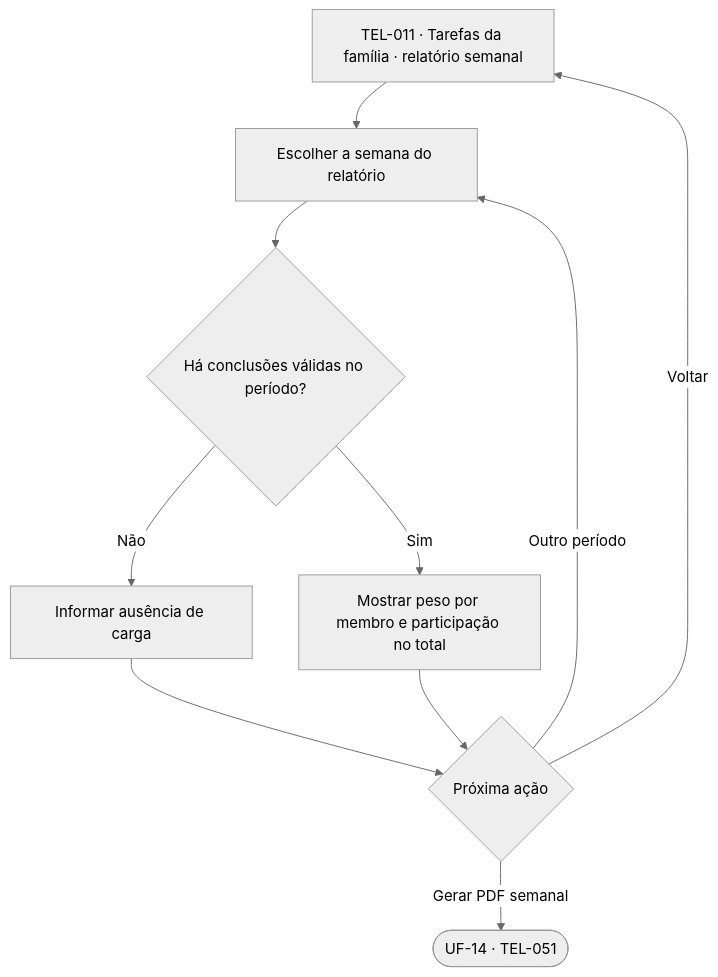
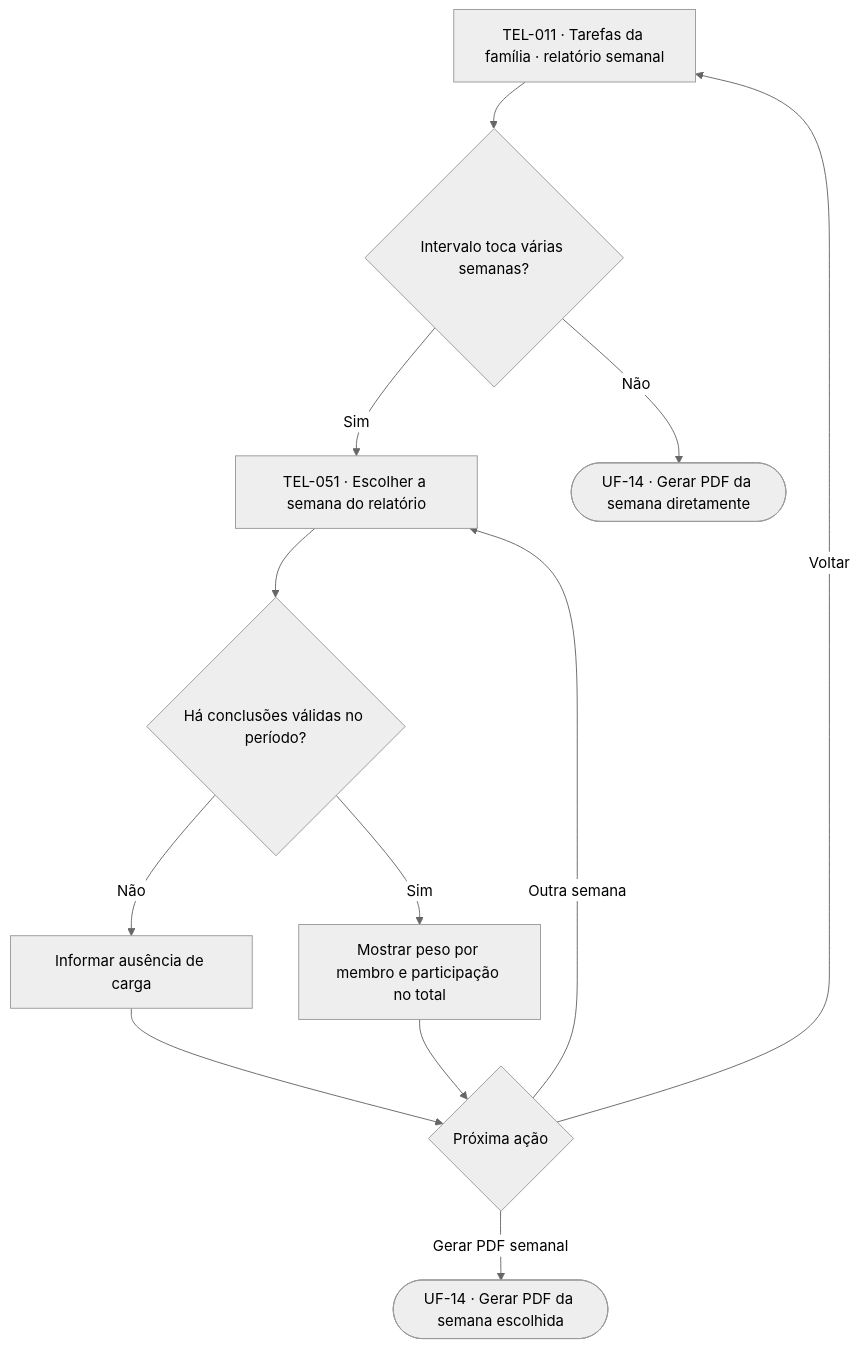
One commit to lizandramalta/App-Rotina-Familiar changed the ninth of 16 diagrams in docs/design/user-flows.md. Above: the diagram before and after it, drawn with Mermaid (neutral theme). The commit also changed other lines of this file and 80 other files, not shown here.

Commit message:
feat(family): align family screens and recognition flows

````diff
--- a/docs/design/user-flows.md
+++ b/docs/design/user-flows.md
@@ -366,12 +368,14 @@
 ```mermaid
 flowchart TD
-    A["TEL-011 · Tarefas da família · relatório semanal"] --> C["Escolher a semana do relatório"]
+    A["TEL-011 · Tarefas da família · relatório semanal"] --> B{"Intervalo toca várias semanas?"}
+    B -->|Sim| C["TEL-051 · Escolher a semana do relatório"]
+    B -->|Não| H(["UF-14 · Gerar PDF da semana diretamente"])
     C --> D{"Há conclusões válidas no período?"}
     D -->|Não| E["Informar ausência de carga"]
     D -->|Sim| F["Mostrar peso por membro e participação no total"]
     E --> G{"Próxima ação"}
     F --> G
-    G -->|Outro período| C
-    G -->|Gerar PDF semanal| H(["UF-14 · TEL-051"])
+    G -->|Outra semana| C
+    G -->|Gerar PDF semanal| I(["UF-14 · Gerar PDF da semana escolhida"])
     G -->|Voltar| A
 ```
````
